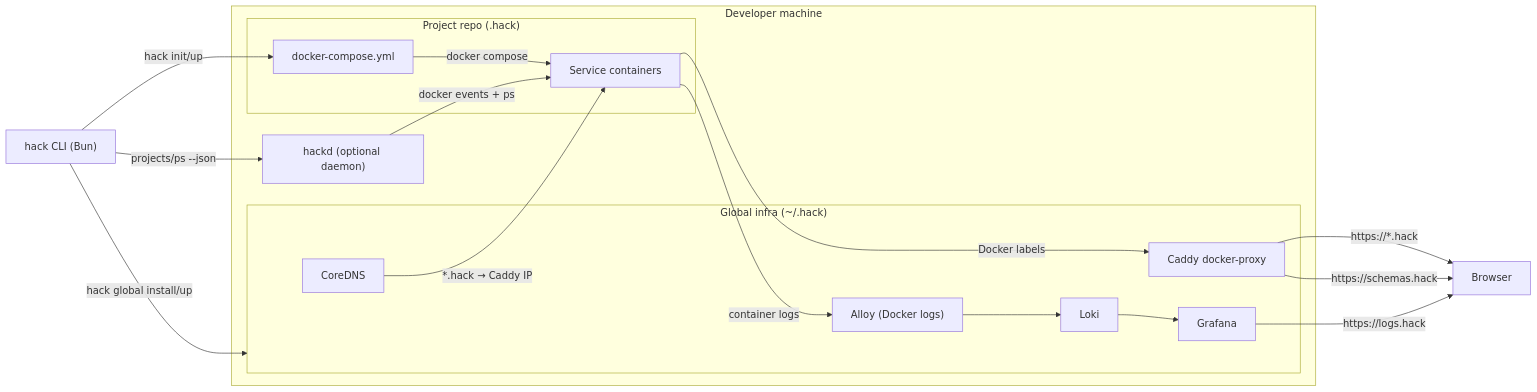
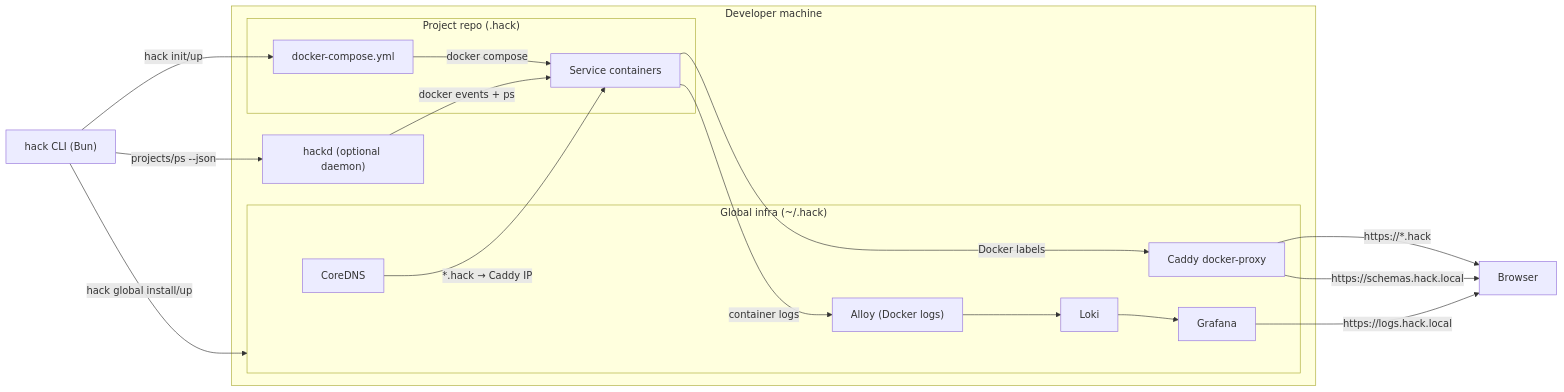
One commit to hack-dance/hack changed the first of 5 diagrams in docs/architecture.md. Above: the diagram before and after it, drawn with Mermaid. The commit also changed other lines of this file and 10 other files, not shown here.

````diff
--- a/docs/architecture.md
+++ b/docs/architecture.md
@@ -13,37 +13,37 @@
 ```mermaid
 graph LR
   CLI["hack CLI (Bun)"]
   Browser["Browser"]
 
   subgraph Host["Developer machine"]
   subgraph Global["Global infra (~/.hack)"]
     Caddy["Caddy docker-proxy"]
     CoreDNS["CoreDNS"]
     Loki["Loki"]
     Grafana["Grafana"]
     Alloy["Alloy (Docker logs)"]
   end
 
   subgraph Project["Project repo (.hack)"]
     Compose["docker-compose.yml"]
     Services["Service containers"]
   end
 
   Hackd["hackd (optional daemon)"]
   end
 
   CLI -->|"hack global install/up"| Global
   CLI -->|"hack init/up"| Compose
   Compose -->|"docker compose"| Services
   CLI -->|"projects/ps --json"| Hackd
   Hackd -->|"docker events + ps"| Services
 
   Services -->|"Docker labels"| Caddy
   Services -->|"container logs"| Alloy
   Alloy --> Loki --> Grafana
 
   CoreDNS -->|"*.hack → Caddy IP"| Services
   Caddy -->|"https://*.hack"| Browser
-  Grafana -->|"https://logs.hack"| Browser
-  Caddy -->|"https://schemas.hack"| Browser
+  Grafana -->|"https://logs.hack.local"| Browser
+  Caddy -->|"https://schemas.hack.local"| Browser
 ```
````
